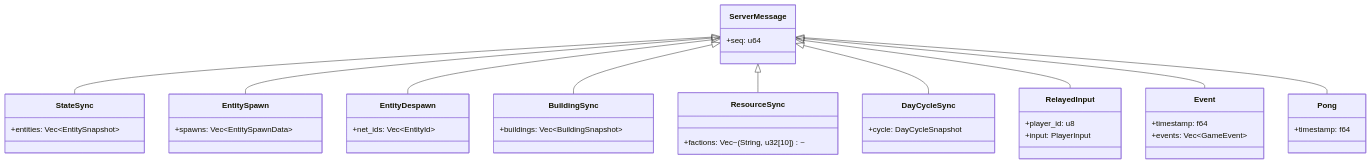
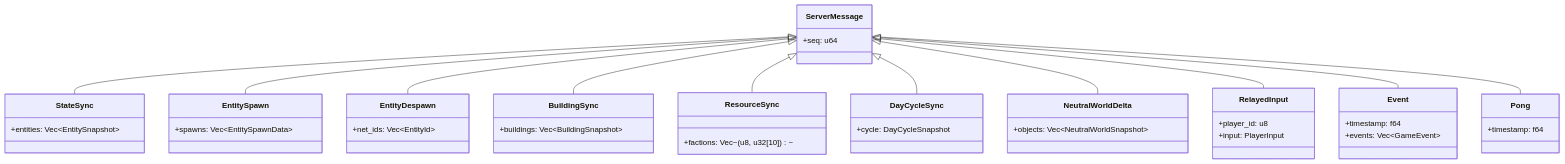
The fifth of 11 diagrams in docs/multiplayer-architecture.md (pashaydev/RTS), drawn with Mermaid before and after one commit. The commit also changed other lines of this file and 17 other files, not shown here.

````diff
--- a/docs/multiplayer-architecture.md
+++ b/docs/multiplayer-architecture.md
@@ -238,46 +252,50 @@
 ```mermaid
 classDiagram
     class ServerMessage {
         +seq: u64
     }
 
     class StateSync {
         +entities: Vec~EntitySnapshot~
     }
     class EntitySpawn {
         +spawns: Vec~EntitySpawnData~
     }
     class EntityDespawn {
         +net_ids: Vec~EntityId~
     }
     class BuildingSync {
         +buildings: Vec~BuildingSnapshot~
     }
     class ResourceSync {
-        +factions: Vec~(String, u32[10])~
+        +factions: Vec~(u8, u32[10])~
     }
     class DayCycleSync {
         +cycle: DayCycleSnapshot
     }
     class RelayedInput {
         +player_id: u8
         +input: PlayerInput
     }
     class Event {
         +timestamp: f64
         +events: Vec~GameEvent~
     }
+    class NeutralWorldDelta {
+        +objects: Vec~NeutralWorldSnapshot~
+    }
     class Pong {
         +timestamp: f64
     }
 
     ServerMessage <|-- StateSync
     ServerMessage <|-- EntitySpawn
     ServerMessage <|-- EntityDespawn
     ServerMessage <|-- BuildingSync
     ServerMessage <|-- ResourceSync
     ServerMessage <|-- DayCycleSync
+    ServerMessage <|-- NeutralWorldDelta
     ServerMessage <|-- RelayedInput
     ServerMessage <|-- Event
     ServerMessage <|-- Pong
 ```
````
